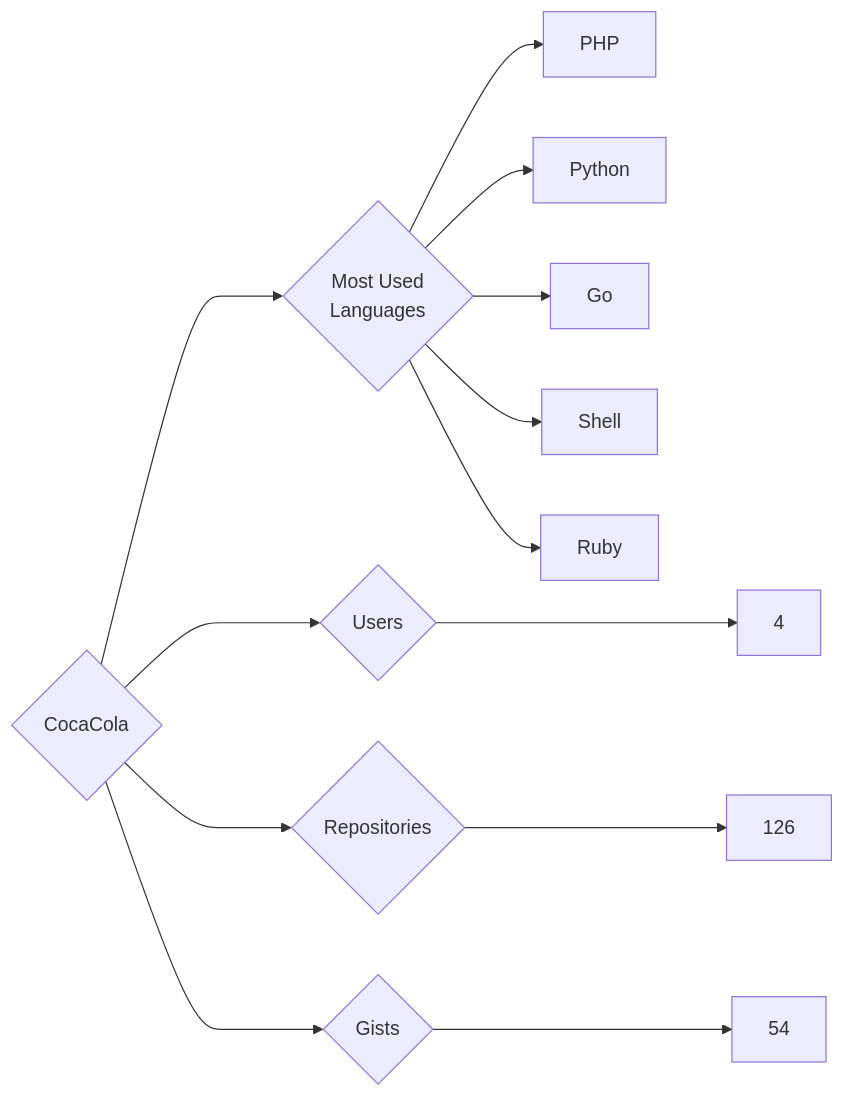
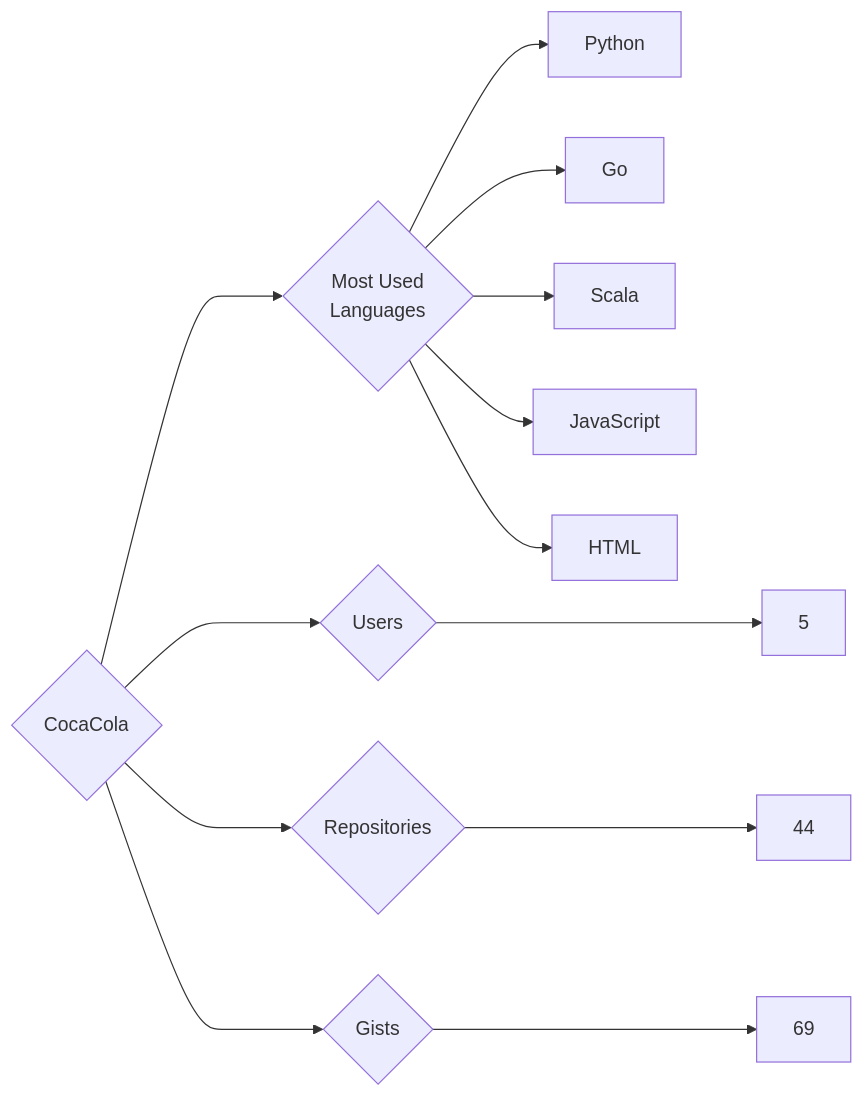
The diagram in targets/CocaCola/README.md (trickest/insiders), drawn with Mermaid before and after one commit. The commit also changed 1020 other files, not shown here.

````diff
--- a/targets/CocaCola/README.md
+++ b/targets/CocaCola/README.md
@@ -3,13 +3,13 @@
 ```mermaid
 graph LR
 COMPANY_NAME{CocaCola}
-COMPANY_NAME ---> U{Users} ---> UN[4]
-COMPANY_NAME ---> R{Repositories} ---> RN[126]
-COMPANY_NAME ---> G{Gists} ---> GN[54]
+COMPANY_NAME ---> U{Users} ---> UN[5]
+COMPANY_NAME ---> R{Repositories} ---> RN[44]
+COMPANY_NAME ---> G{Gists} ---> GN[69]
 COMPANY_NAME ---> ML{Most Used<br>Languages}
-ML --> PHP[PHP]
 ML --> Python[Python]
 ML --> Go[Go]
-ML --> Shell[Shell]
-ML --> Ruby[Ruby]
+ML --> Scala[Scala]
+ML --> JavaScript[JavaScript]
+ML --> HTML[HTML]
 ```
````
